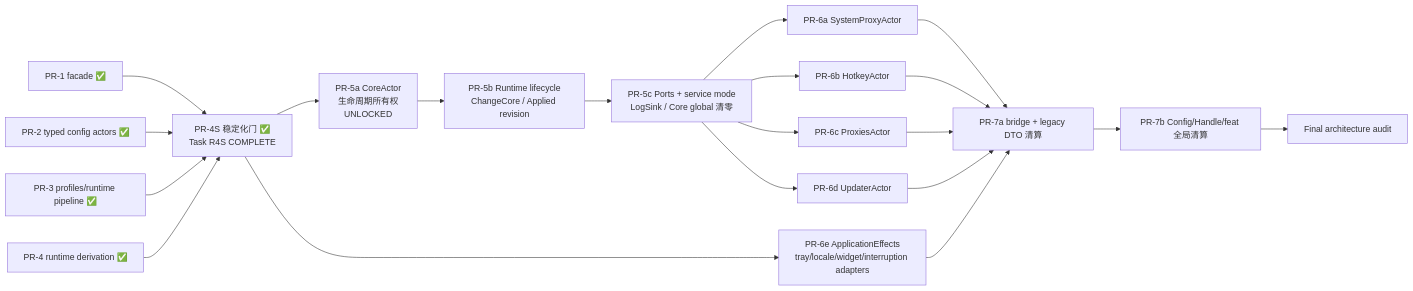
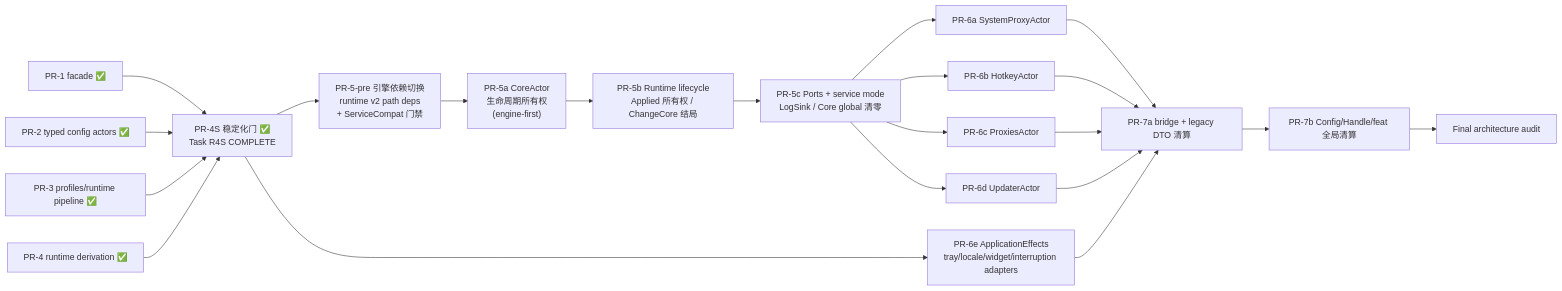
One commit to libnyanpasu/clash-nyanpasu changed the diagram in docs/design/actor-migration-roadmap.md. Above: the diagram before and after it, drawn with Mermaid. The commit also changed other lines of this file and 2 other files, not shown here.

Commit message:
docs(design): add PR-5 CoreActor simplified spec and revise roadmap §6

````diff
--- a/docs/design/actor-migration-roadmap.md
+++ b/docs/design/actor-migration-roadmap.md
@@ -160,25 +160,26 @@
 ```mermaid
 flowchart LR
   P1["PR-1 facade ✅"] --> S
   P2["PR-2 typed config actors ✅"] --> S
   P3["PR-3 profiles/runtime pipeline ✅"] --> S
   P4["PR-4 runtime derivation ✅"] --> S
 
-  S["PR-4S 稳定化门 ✅\nTask R4S COMPLETE"] --> P5A["PR-5a CoreActor\n生命周期所有权\nUNLOCKED"]
-  P5A --> P5B["PR-5b Runtime lifecycle\nChangeCore / Applied revision"]
+  S["PR-4S 稳定化门 ✅\nTask R4S COMPLETE"] --> P5P["PR-5-pre 引擎依赖切换\nruntime v2 path deps\n+ ServiceCompat 门禁"]
+  P5P --> P5A["PR-5a CoreActor\n生命周期所有权\n(engine-first)"]
+  P5A --> P5B["PR-5b Runtime lifecycle\nApplied 所有权 / ChangeCore 结局"]
   P5B --> P5C["PR-5c Ports + service mode\nLogSink / Core global 清零"]
 
   P5C --> P6A["PR-6a SystemProxyActor"]
   P5C --> P6B["PR-6b HotkeyActor"]
   P5C --> P6C["PR-6c ProxiesActor"]
   P5C --> P6D["PR-6d UpdaterActor"]
   S --> P6E["PR-6e ApplicationEffects\ntray/locale/widget/interruption adapters"]
 
   P6A --> P7A
   P6B --> P7A
   P6C --> P7A
   P6D --> P7A
   P6E --> P7A
   P7A["PR-7a bridge + legacy DTO 清算"] --> P7B["PR-7b Config/Handle/feat 全局清算"]
   P7B --> FINAL["Final architecture audit"]
 ```
````
